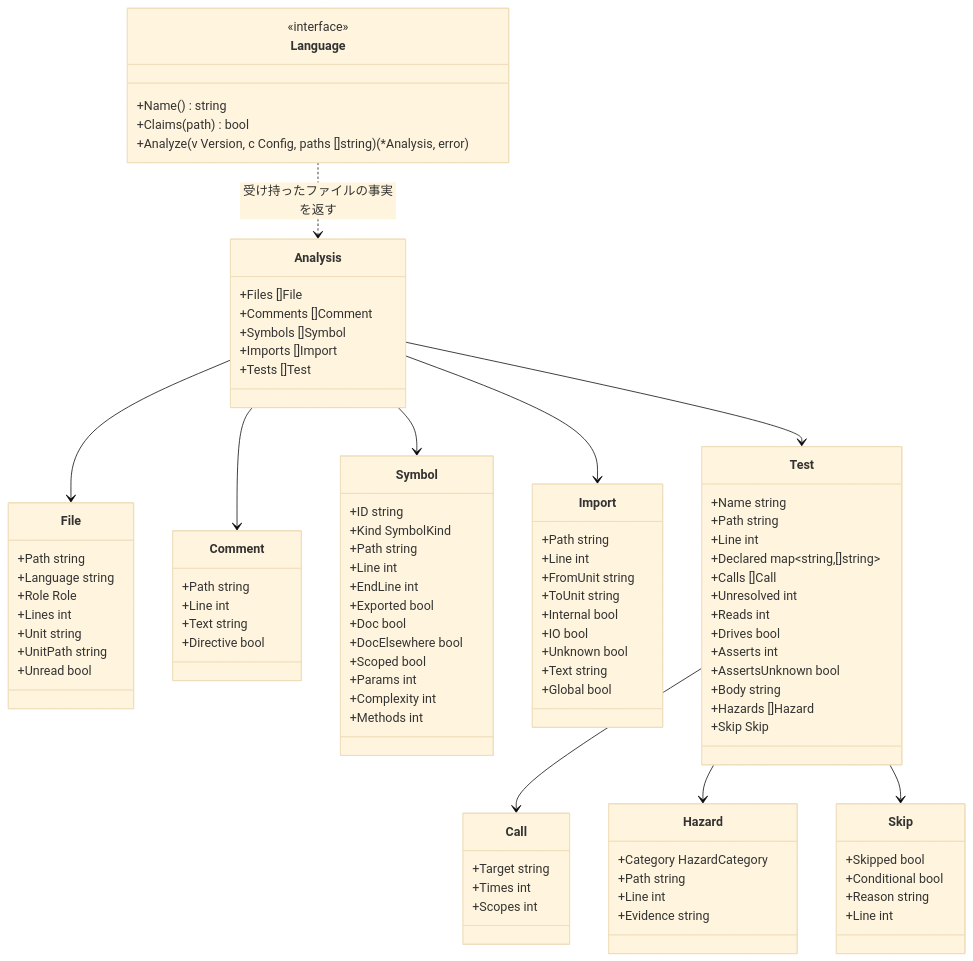
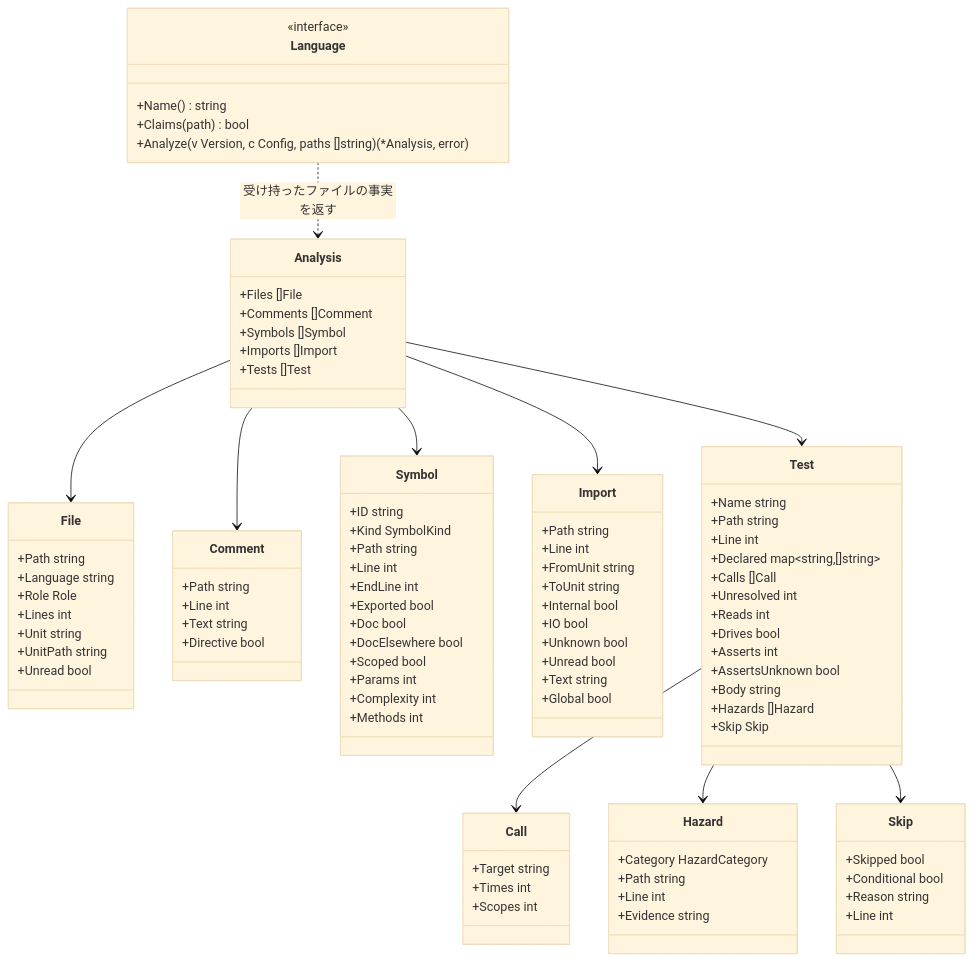
The diagram in docs/design/adapters.ja.md (rerorets/hadome), drawn with Mermaid (base theme) before and after one commit. The commit also changed other lines of this file and 22 other files, not shown here.

```diff
--- a/docs/design/adapters.ja.md
+++ b/docs/design/adapters.ja.md
@@ -66,6 +66,7 @@
     +Internal bool
     +IO bool
     +Unknown bool
+    +Unread bool
     +Text string
     +Global bool
   }
```
